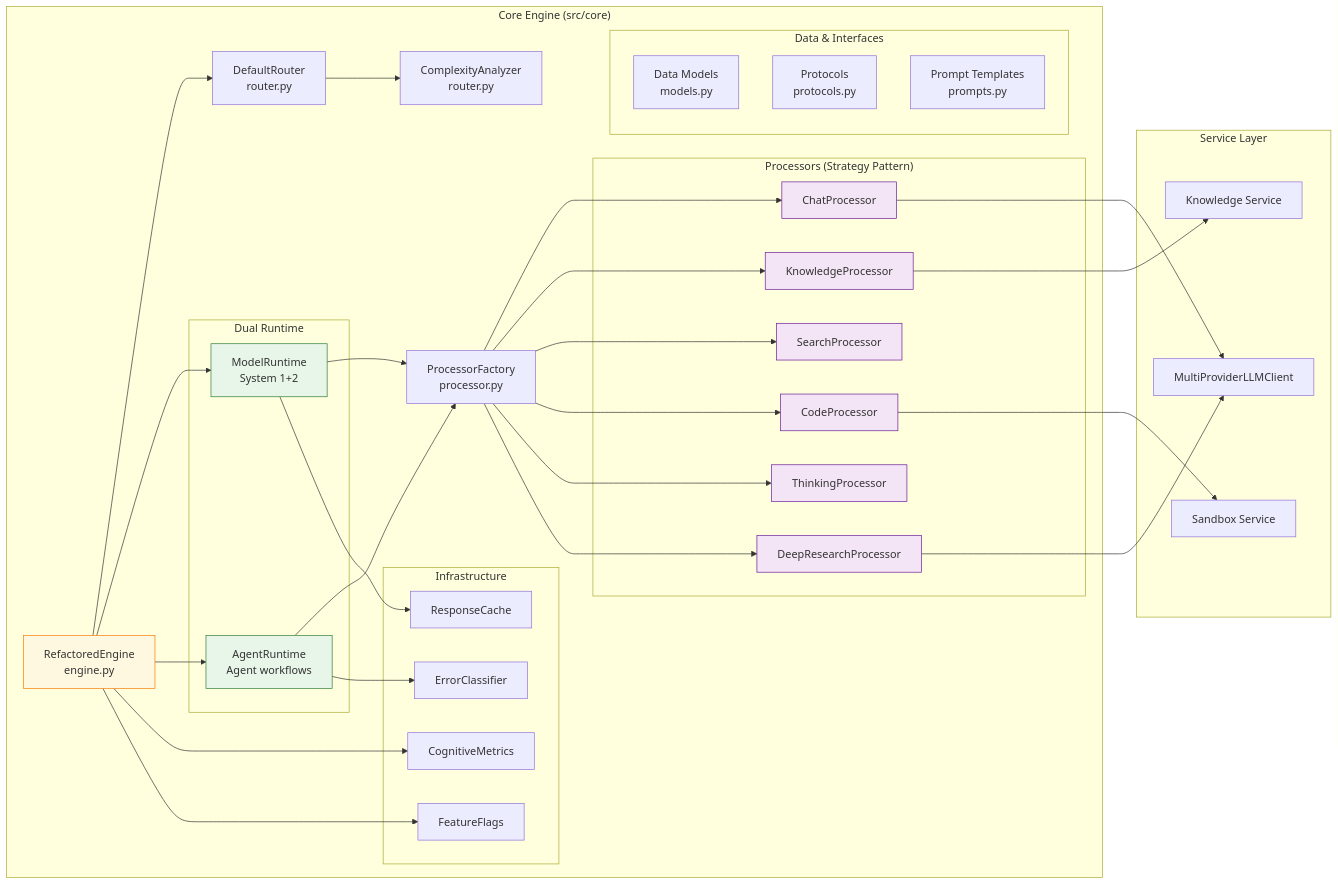
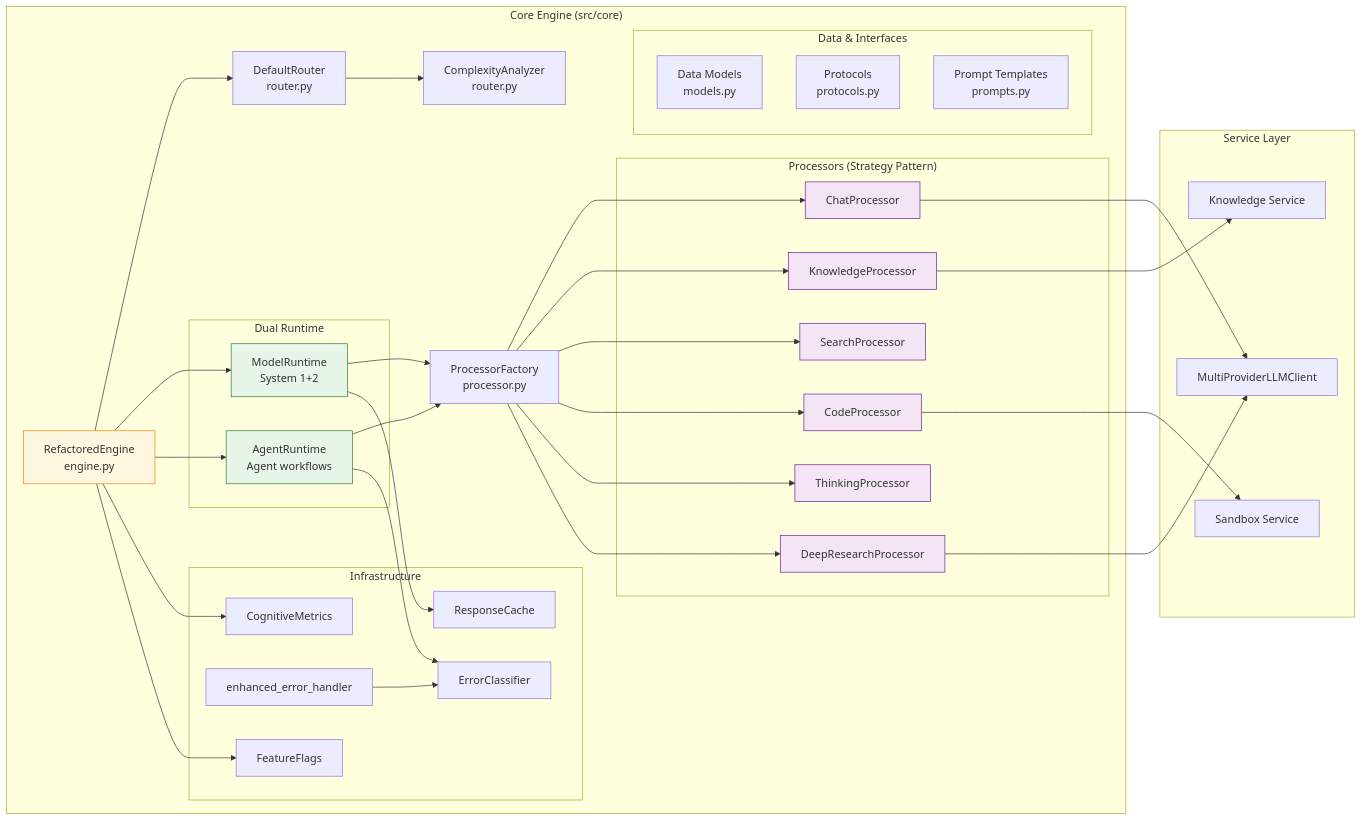
The third of 6 diagrams in Architecture_Refactoring_Toolkit/project_docs/06_architecture_and_design_document.md (Zenobia000/openagent_backend), drawn with Mermaid before and after one commit. The commit also changed other lines of this file and 28 other files, not shown here.

````diff
--- a/Architecture_Refactoring_Toolkit/project_docs/06_architecture_and_design_document.md
+++ b/Architecture_Refactoring_Toolkit/project_docs/06_architecture_and_design_document.md
@@ -140,74 +142,76 @@
 ```mermaid
 graph LR
     subgraph "Core Engine (src/core)"
         Engine[RefactoredEngine<br/>engine.py]
         Router[DefaultRouter<br/>router.py]
         CxAnalyzer[ComplexityAnalyzer<br/>router.py]
 
         subgraph "Dual Runtime"
             MRT[ModelRuntime<br/>System 1+2]
             ART[AgentRuntime<br/>Agent workflows]
         end
 
         Factory[ProcessorFactory<br/>processor.py]
 
         subgraph "Processors (Strategy Pattern)"
             Chat[ChatProcessor]
             Knowledge[KnowledgeProcessor]
             Search[SearchProcessor]
             Code[CodeProcessor]
             Thinking[ThinkingProcessor]
             DeepResearch[DeepResearchProcessor]
         end
 
         subgraph "Infrastructure"
             Cache[ResponseCache]
             Metrics[CognitiveMetrics]
             ErrCls[ErrorClassifier]
+            ErrDec[enhanced_error_handler]
             Flags[FeatureFlags]
         end
 
         subgraph "Data & Interfaces"
             Models[Data Models<br/>models.py]
             Protocols[Protocols<br/>protocols.py]
             Prompts[Prompt Templates<br/>prompts.py]
         end
     end
 
     subgraph "Service Layer"
         LLMSvc[MultiProviderLLMClient]
         KnowledgeSvc[Knowledge Service]
         SandboxSvc[Sandbox Service]
     end
 
     Engine --> Router
     Router --> CxAnalyzer
     Engine --> MRT
     Engine --> ART
 
     MRT --> Factory
     MRT --> Cache
     ART --> Factory
     ART --> ErrCls
+    ErrDec --> ErrCls
 
     Factory --> Chat
     Factory --> Knowledge
     Factory --> Search
     Factory --> Code
     Factory --> Thinking
     Factory --> DeepResearch
 
     Chat --> LLMSvc
     Knowledge --> KnowledgeSvc
     Code --> SandboxSvc
     DeepResearch --> LLMSvc
 
     Engine --> Metrics
     Engine --> Flags
 
     style Engine fill:#FFF8E1,stroke:#F57C00
     classDef processor fill:#F3E5F5,stroke:#6A1B9A
     classDef runtime fill:#E8F5E9,stroke:#2E7D32
     class Chat,Knowledge,Search,Code,Thinking,DeepResearch processor
     class MRT,ART runtime
 ```
````
